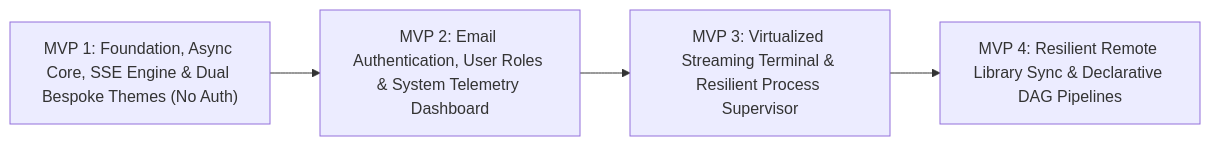
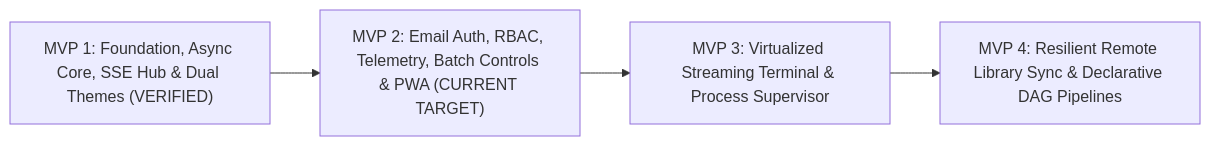
The second of 2 diagrams in spec.md (wereboss/pareo), drawn with Mermaid before and after one commit. The commit also changed other lines of this file and 19 other files, not shown here.

Commit message:
Feature: Implement MVP 2 - Email Auth, RBAC, Telemetry, Batch Controls & Cross-Platform PWA

````diff
--- a/spec.md
+++ b/spec.md
@@ -107,9 +90,9 @@
 ```mermaid
 flowchart LR
-    MVP1["MVP 1: Foundation, Async Core, SSE Engine & Dual Bespoke Themes (No Auth)"]
-    MVP2["MVP 2: Email Authentication, User Roles & System Telemetry Dashboard"]
-    MVP3["MVP 3: Virtualized Streaming Terminal & Resilient Process Supervisor"]
+    MVP1["MVP 1: Foundation, Async Core, SSE Hub & Dual Themes (VERIFIED)"]
+    MVP2["MVP 2: Email Auth, RBAC, Telemetry, Batch Controls & PWA (CURRENT TARGET)"]
+    MVP3["MVP 3: Virtualized Streaming Terminal & Process Supervisor"]
     MVP4["MVP 4: Resilient Remote Library Sync & Declarative DAG Pipelines"]
 
     MVP1 --> MVP2 --> MVP3 --> MVP4
 ```
````
